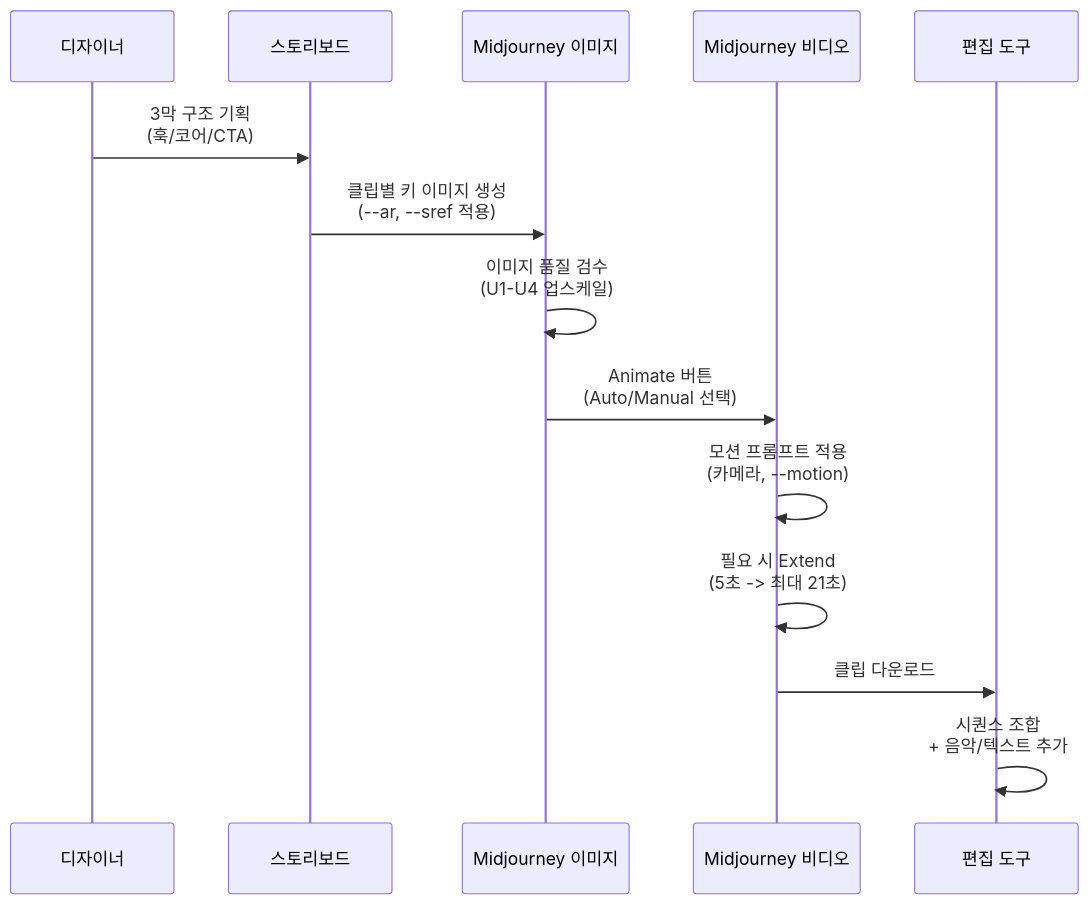
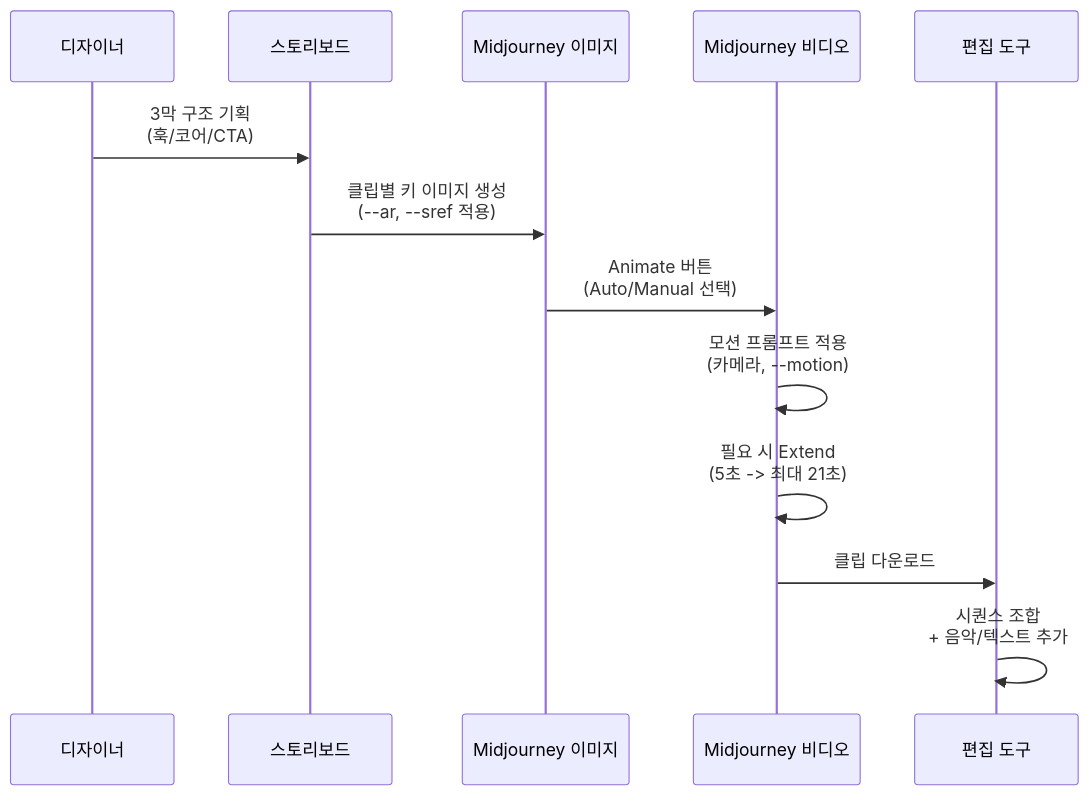
The second of 3 diagrams in 10-ch10-midjourney-영상-생성/05-05-숏폼-영상-콘텐츠-제작-프로젝트.md (jsonpassion/forge-tutorial-promptcanvas), drawn with Mermaid before and after one commit. The commit also changed other lines of this file and 63 other files, not shown here.

````diff
--- a/10-ch10-midjourney-영상-생성/05-05-숏폼-영상-콘텐츠-제작-프로젝트.md
+++ b/10-ch10-midjourney-영상-생성/05-05-숏폼-영상-콘텐츠-제작-프로젝트.md
@@ -138,17 +79,16 @@
 ```mermaid
 sequenceDiagram
     participant D as 디자이너
     participant S as 스토리보드
     participant M as Midjourney 이미지
     participant V as Midjourney 비디오
     participant E as 편집 도구
-    
+
     D->>S: 3막 구조 기획<br/>(훅/코어/CTA)
     S->>M: 클립별 키 이미지 생성<br/>(--ar, --sref 적용)
-    M->>M: 이미지 품질 검수<br/>(U1-U4 업스케일)
     M->>V: Animate 버튼<br/>(Auto/Manual 선택)
     V->>V: 모션 프롬프트 적용<br/>(카메라, --motion)
     V->>V: 필요 시 Extend<br/>(5초 -> 최대 21초)
     V->>E: 클립 다운로드
     E->>E: 시퀀스 조합<br/>+ 음악/텍스트 추가
 ```
````
